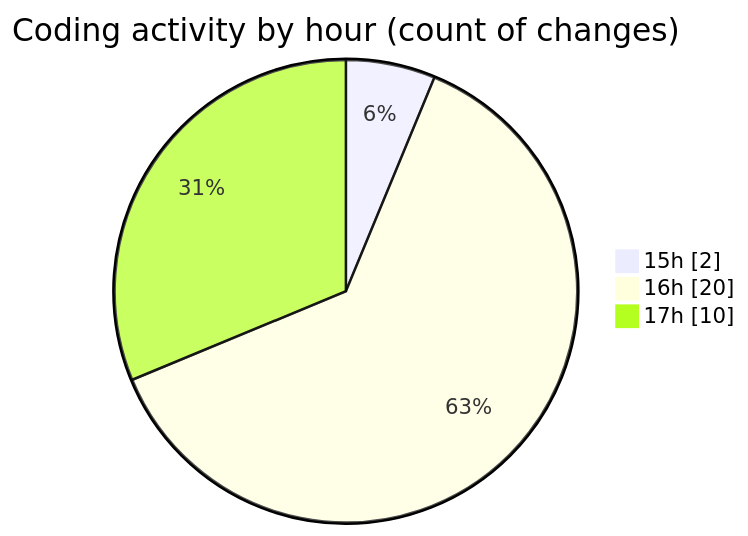
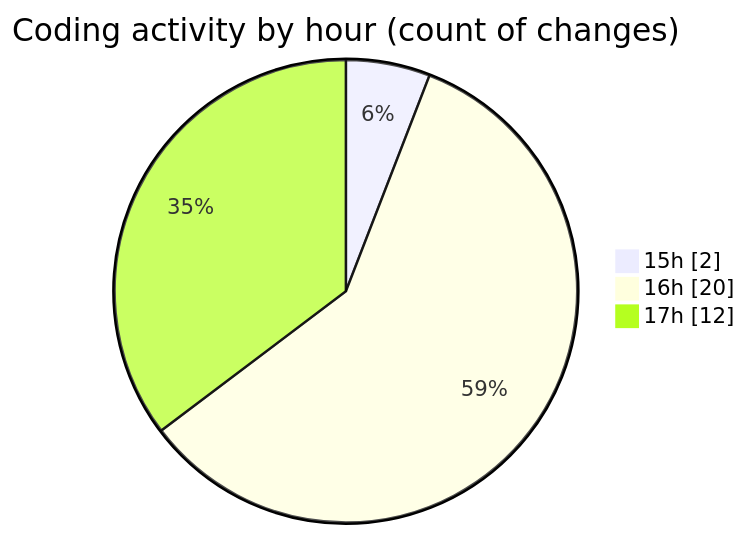
The second of 2 diagrams in 2025-08-09/nxtqube_webapp/README.md (nxtqubesakshisongat/code-tracking), drawn with Mermaid before and after one commit. The commit also changed other lines of this file and 1 other file, not shown here.

````diff
--- a/2025-08-09/nxtqube_webapp/README.md
+++ b/2025-08-09/nxtqube_webapp/README.md
@@ -28,7 +29,7 @@
 ```mermaid
 pie showData
 title Coding activity by hour (count of changes)
 "15h" : 2
 "16h" : 20
-"17h" : 10
+"17h" : 12
 ```
````
